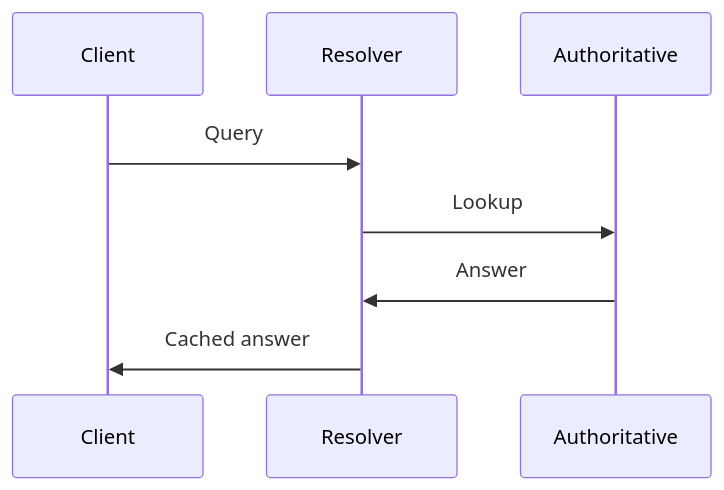
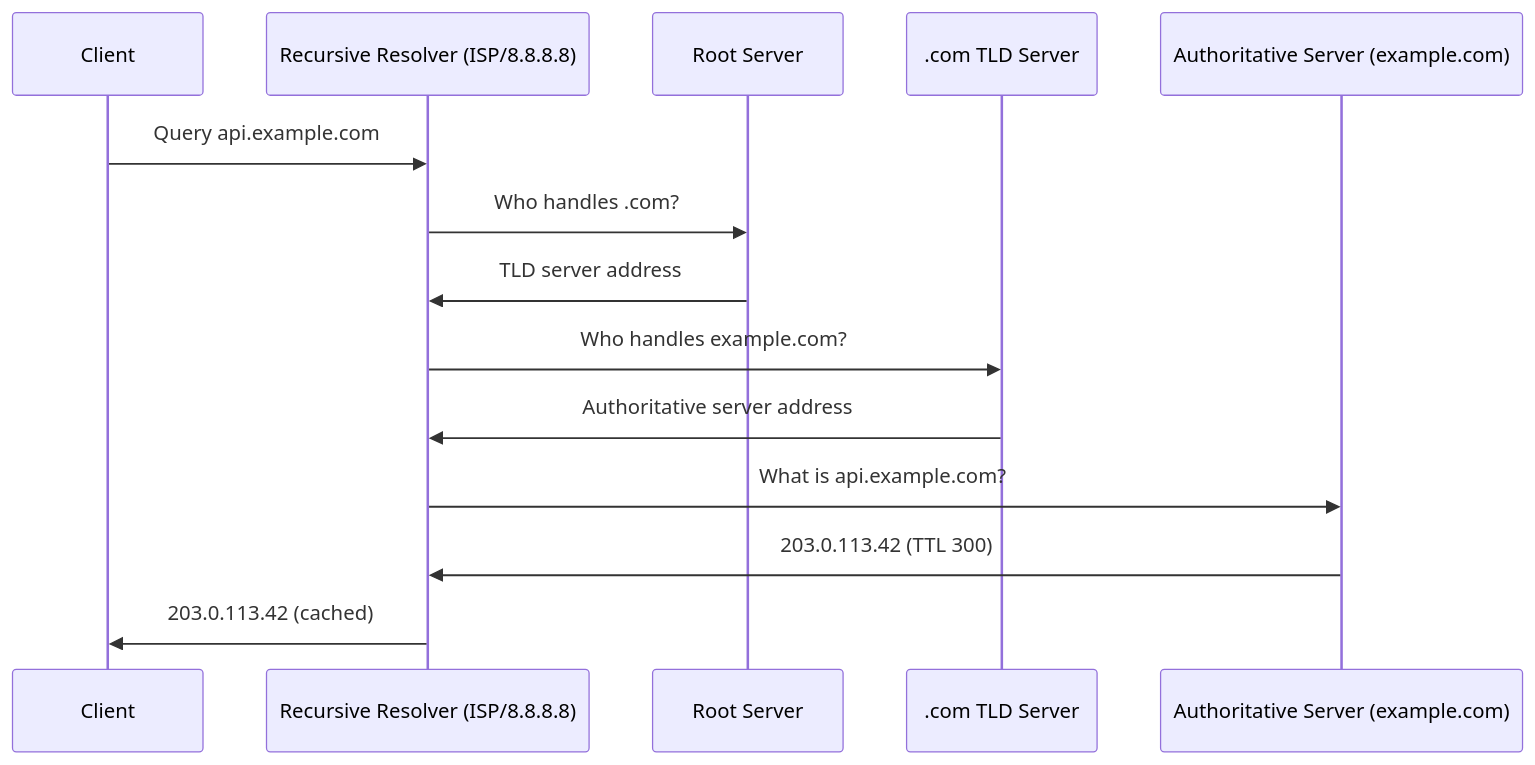
Before and after one commit to grafanaKibana/devbook.zip: the diagram in Vault/Software Engineering/04 Networks/Protocols/DNS.md, drawn with Mermaid. The commit also changed other lines of this file and 25 other files, not shown here.

````diff
--- a/Vault/Software Engineering/04 Networks/Protocols/DNS.md
+++ b/Vault/Software Engineering/04 Networks/Protocols/DNS.md
@@ -23,11 +22,17 @@
 ```mermaid
 sequenceDiagram
   participant Client
-  participant Resolver
-  participant Authoritative
+  participant Resolver as Recursive Resolver (ISP/8.8.8.8)
+  participant Root as Root Server
+  participant TLD as .com TLD Server
+  participant Auth as Authoritative Server (example.com)
 
-  Client->>Resolver: Query
-  Resolver->>Authoritative: Lookup
-  Authoritative->>Resolver: Answer
-  Resolver->>Client: Cached answer
+  Client->>Resolver: Query api.example.com
+  Resolver->>Root: Who handles .com?
+  Root->>Resolver: TLD server address
+  Resolver->>TLD: Who handles example.com?
+  TLD->>Resolver: Authoritative server address
+  Resolver->>Auth: What is api.example.com?
+  Auth->>Resolver: 203.0.113.42 (TTL 300)
+  Resolver->>Client: 203.0.113.42 (cached)
 ```
````
